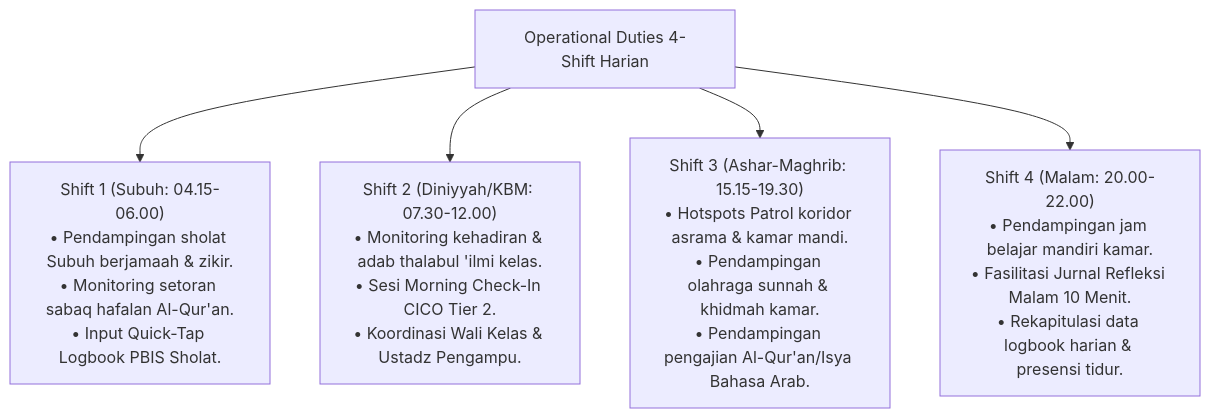
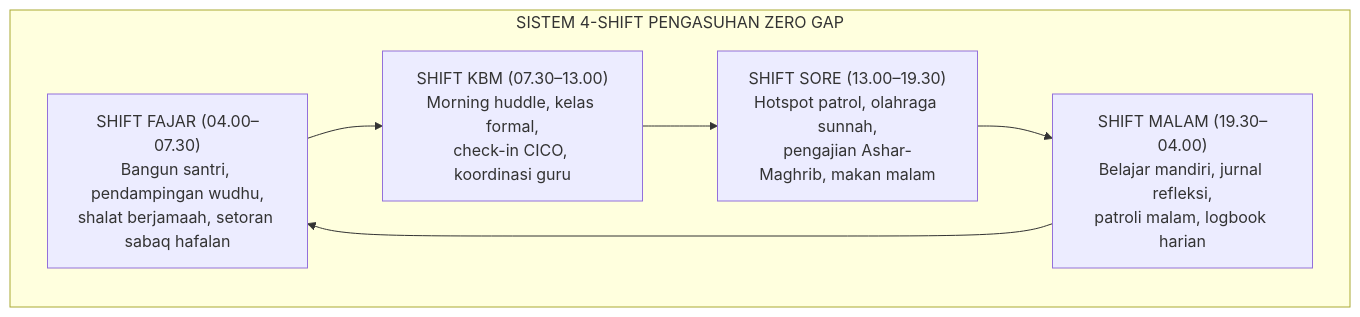
One commit to wandiapriliyandi/tumbuh changed the first of 2 diagrams in 07 Implementation Framework/04 Workflow/P7-04-01-Workflow-Harian-Pengasuhan-4-Shift.md. Above: the diagram before and after it, drawn with Mermaid. The commit also changed other lines of this file and 3 other files, not shown here.

````diff
--- a/07 Implementation Framework/04 Workflow/P7-04-01-Workflow-Harian-Pengasuhan-4-Shift.md
+++ b/07 Implementation Framework/04 Workflow/P7-04-01-Workflow-Harian-Pengasuhan-4-Shift.md
@@ -14,8 +28,10 @@
 ```mermaid
-graph TD
-    ShiftDetails["Operational Duties 4-Shift Harian"]
-    ShiftDetails --> S1["Shift 1 (Subuh: 04.15-06.00)<br/>• Pendampingan sholat Subuh berjamaah & zikir.<br/>• Monitoring setoran sabaq hafalan Al-Qur'an.<br/>• Input Quick-Tap Logbook PBIS Sholat."]
-    ShiftDetails --> S2["Shift 2 (Diniyyah/KBM: 07.30-12.00)<br/>• Monitoring kehadiran & adab thalabul 'ilmi kelas.<br/>• Sesi Morning Check-In CICO Tier 2.<br/>• Koordinasi Wali Kelas & Ustadz Pengampu."]
-    ShiftDetails --> S3["Shift 3 (Ashar-Maghrib: 15.15-19.30)<br/>• Hotspots Patrol koridor asrama & kamar mandi.<br/>• Pendampingan olahraga sunnah & khidmah kamar.<br/>• Pendampingan pengajian Al-Qur'an/Isya Bahasa Arab."]
-    ShiftDetails --> S4["Shift 4 (Malam: 20.00-22.00)<br/>• Pendampingan jam belajar mandiri kamar.<br/>• Fasilitasi Jurnal Refleksi Malam 10 Menit.<br/>• Rekapitulasi data logbook harian & presensi tidur."]
+flowchart TD
+    subgraph ShiftSystem["SISTEM 4-SHIFT PENGASUHAN ZERO GAP"]
+        S1["SHIFT FAJAR (04.00–07.30)<br/>Bangun santri, pendampingan wudhu,<br/>shalat berjamaah, setoran sabaq hafalan"]
+        S2["SHIFT KBM (07.30–13.00)<br/>Morning huddle, kelas formal,<br/>check-in CICO, koordinasi guru"]
+        S3["SHIFT SORE (13.00–19.30)<br/>Hotspot patrol, olahraga sunnah,<br/>pengajian Ashar-Maghrib, makan malam"]
+        S4["SHIFT MALAM (19.30–04.00)<br/>Belajar mandiri, jurnal refleksi,<br/>patroli malam, logbook harian"]
+        S1 --> S2 --> S3 --> S4 --> S1
+    end
 ```
````
